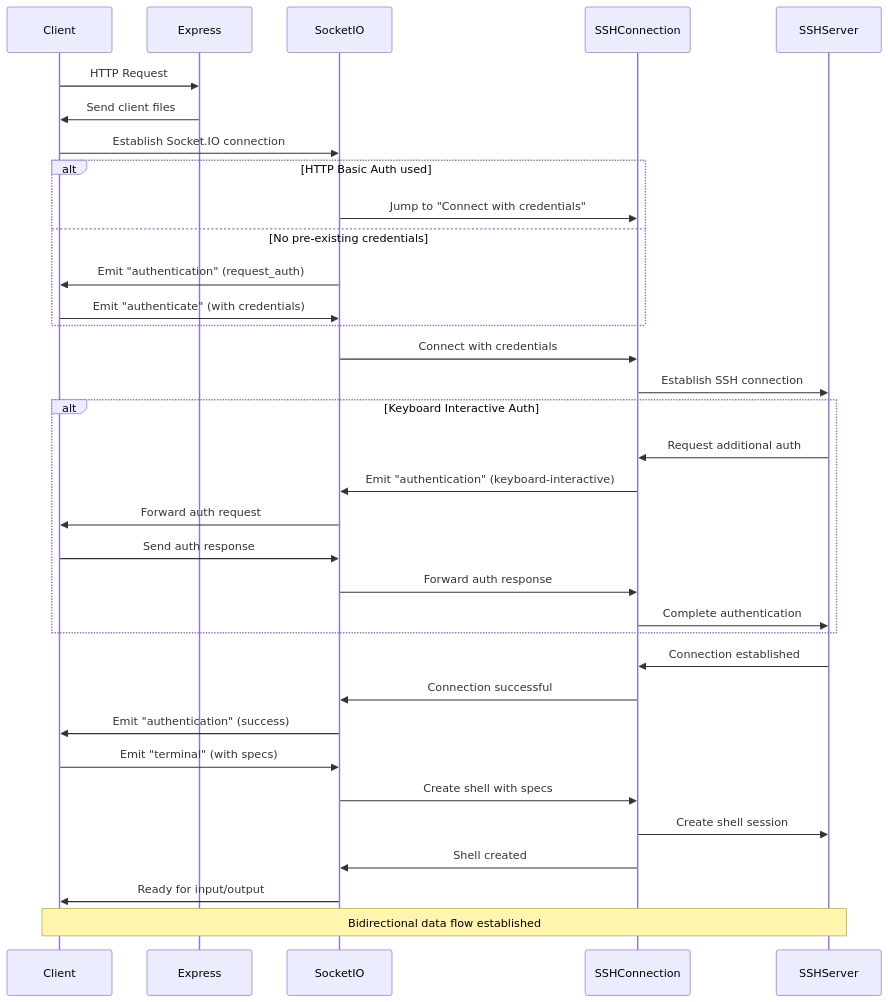
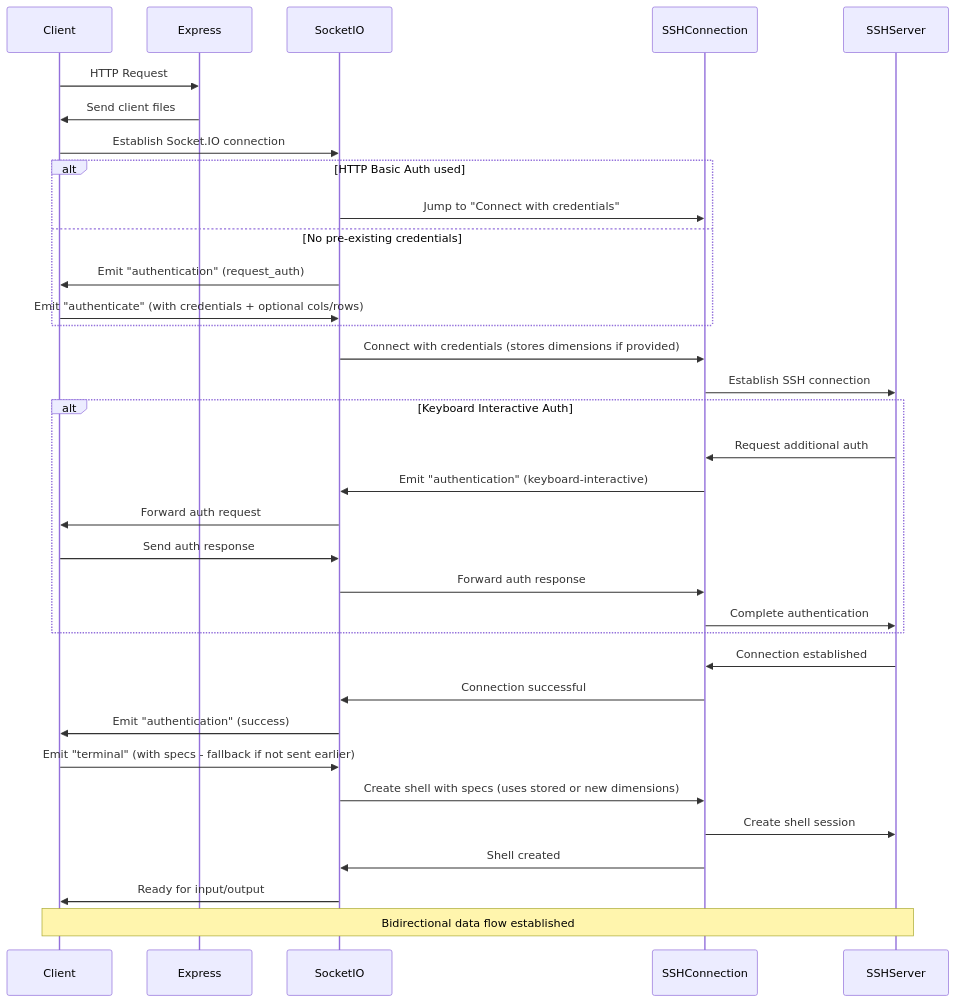
One commit to billchurch/webssh2 changed the diagram in FLOWS.md. Above: the diagram before and after it, drawn with Mermaid. The commit also changed 2 other files, not shown here.

Commit message:
docs: update APIs [skip ci]

````diff
--- a/FLOWS.md
+++ b/FLOWS.md
@@ -3,37 +3,37 @@
 ```mermaid
 sequenceDiagram
     participant Client
     participant Express
     participant SocketIO
     participant SSHConnection
     participant SSHServer
 
     Client->>Express: HTTP Request
     Express->>Client: Send client files
     Client->>SocketIO: Establish Socket.IO connection
     alt HTTP Basic Auth used
         SocketIO->>SSHConnection: Jump to "Connect with credentials"
     else No pre-existing credentials
         SocketIO->>Client: Emit "authentication" (request_auth)
-        Client->>SocketIO: Emit "authenticate" (with credentials)
+        Client->>SocketIO: Emit "authenticate" (with credentials + optional cols/rows)
     end
-    SocketIO->>SSHConnection: Connect with credentials
+    SocketIO->>SSHConnection: Connect with credentials (stores dimensions if provided)
     SSHConnection->>SSHServer: Establish SSH connection
     alt Keyboard Interactive Auth
         SSHServer->>SSHConnection: Request additional auth
         SSHConnection->>SocketIO: Emit "authentication" (keyboard-interactive)
         SocketIO->>Client: Forward auth request
         Client->>SocketIO: Send auth response
         SocketIO->>SSHConnection: Forward auth response
         SSHConnection->>SSHServer: Complete authentication
     end
     SSHServer->>SSHConnection: Connection established
     SSHConnection->>SocketIO: Connection successful
     SocketIO->>Client: Emit "authentication" (success)
-    Client->>SocketIO: Emit "terminal" (with specs)
-    SocketIO->>SSHConnection: Create shell with specs
+    Client->>SocketIO: Emit "terminal" (with specs - fallback if not sent earlier)
+    SocketIO->>SSHConnection: Create shell with specs (uses stored or new dimensions)
     SSHConnection->>SSHServer: Create shell session
     SSHConnection->>SocketIO: Shell created
     SocketIO->>Client: Ready for input/output
     Note over Client,SSHServer: Bidirectional data flow established
 ```
````
